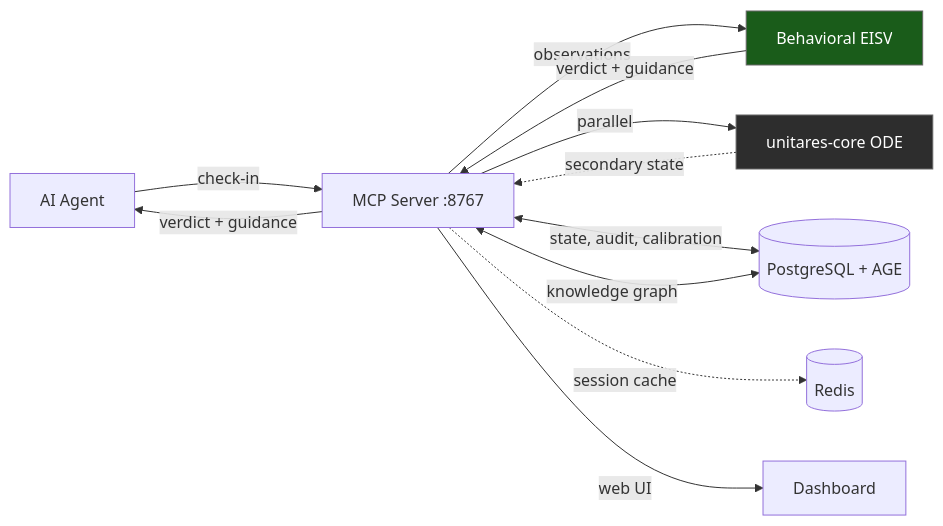
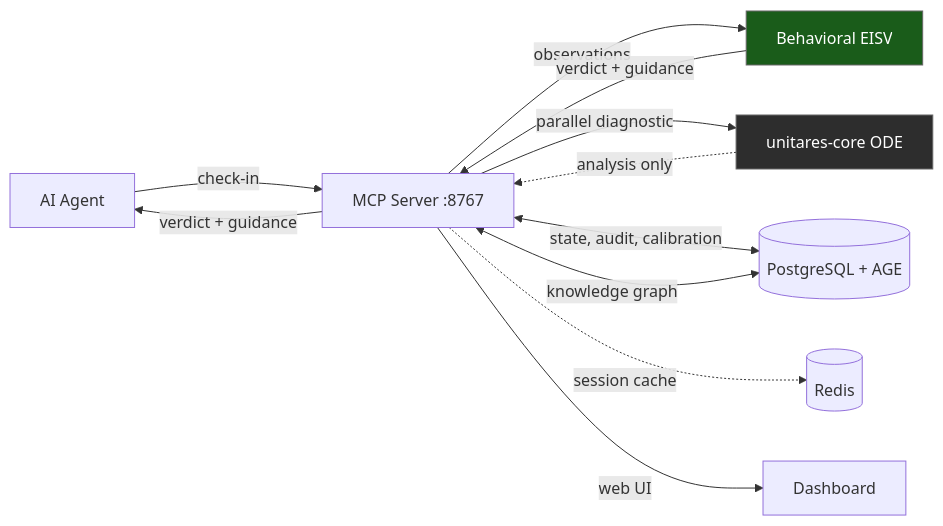
One commit to CIRWEL/unitares changed the diagram in README.md. Above: the diagram before and after it, drawn with Mermaid. The commit also changed other lines of this file, not shown here.

First line of the commit message:
docs(readme): restructure for scanability and align with architecture

````diff
--- a/README.md
+++ b/README.md
@@ -216,16 +213,16 @@
 ```mermaid
 graph LR
     A[AI Agent] -->|check-in| M[MCP Server :8767]
     M -->|observations| BS[Behavioral EISV]
     BS -->|verdict + guidance| M
-    M -->|parallel| UC[unitares-core ODE]
-    UC -.->|secondary state| M
+    M -->|parallel diagnostic| UC[unitares-core ODE]
+    UC -.->|analysis only| M
     M -->|verdict + guidance| A
     M <-->|state, audit, calibration| PG[(PostgreSQL + AGE)]
     M <-->|knowledge graph| PG
     M -.->|session cache| R[(Redis)]
     M -->|web UI| D[Dashboard]
 
     style BS fill:#1a5c1a,stroke:#666,color:#fff
     style UC fill:#2d2d2d,stroke:#666,color:#fff
 ```
````
